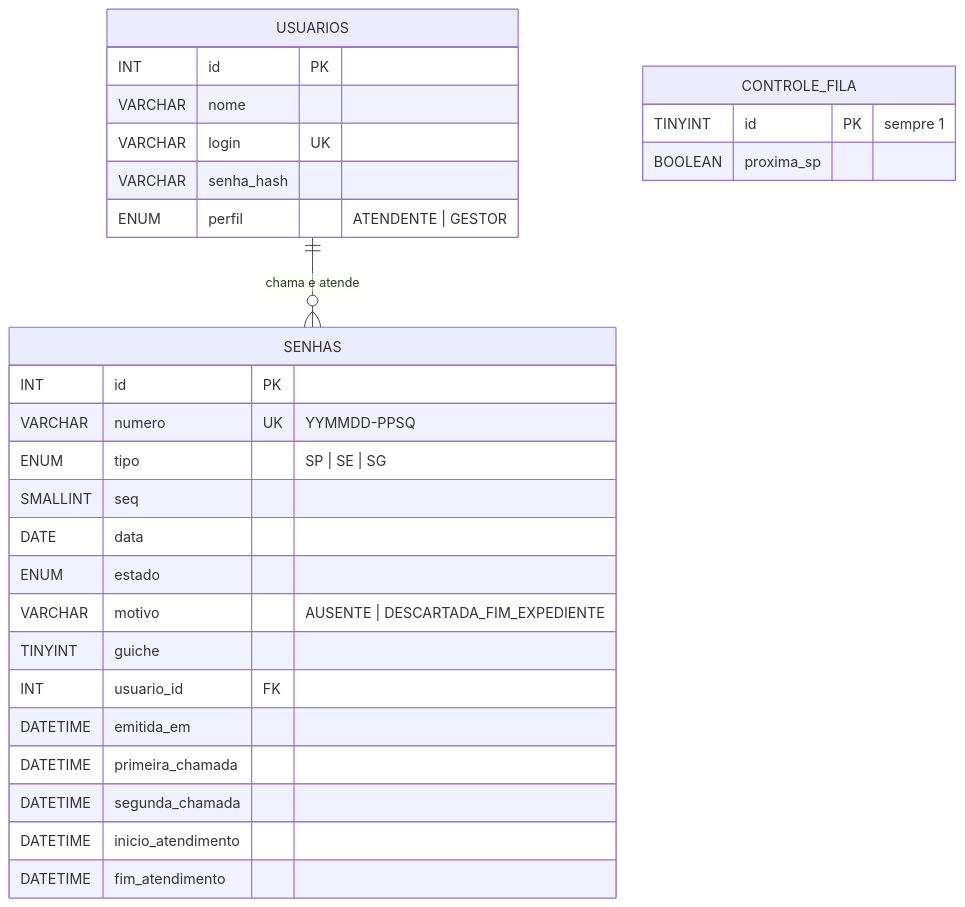
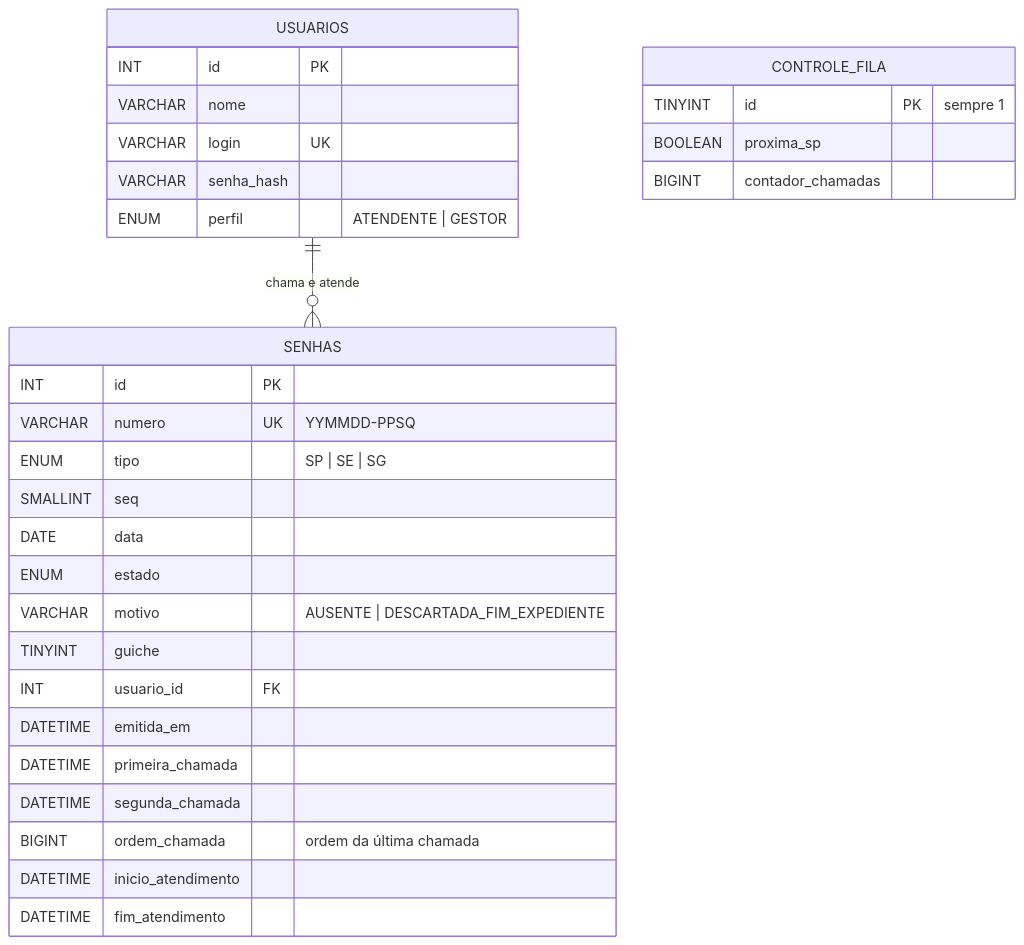
One commit to thallyson-ryan/nassauTickets changed the diagram in docs/mer/mer.md. Above: the diagram before and after it, drawn with Mermaid. The commit also changed other lines of this file, not shown here.

Commit message:
docs: inclui ordem das chamadas no MER

````diff
--- a/docs/mer/mer.md
+++ b/docs/mer/mer.md
@@ -5,31 +5,33 @@
 ```mermaid
 erDiagram
     USUARIOS ||--o{ SENHAS : "chama e atende"
     USUARIOS {
         INT id PK
         VARCHAR nome
         VARCHAR login UK
         VARCHAR senha_hash
         ENUM perfil "ATENDENTE | GESTOR"
     }
     SENHAS {
         INT id PK
         VARCHAR numero UK "YYMMDD-PPSQ"
         ENUM tipo "SP | SE | SG"
         SMALLINT seq
         DATE data
         ENUM estado
         VARCHAR motivo "AUSENTE | DESCARTADA_FIM_EXPEDIENTE"
         TINYINT guiche
         INT usuario_id FK
         DATETIME emitida_em
         DATETIME primeira_chamada
         DATETIME segunda_chamada
+        BIGINT ordem_chamada "ordem da última chamada"
         DATETIME inicio_atendimento
         DATETIME fim_atendimento
     }
     CONTROLE_FILA {
         TINYINT id PK "sempre 1"
         BOOLEAN proxima_sp
+        BIGINT contador_chamadas
     }
 ```
````
